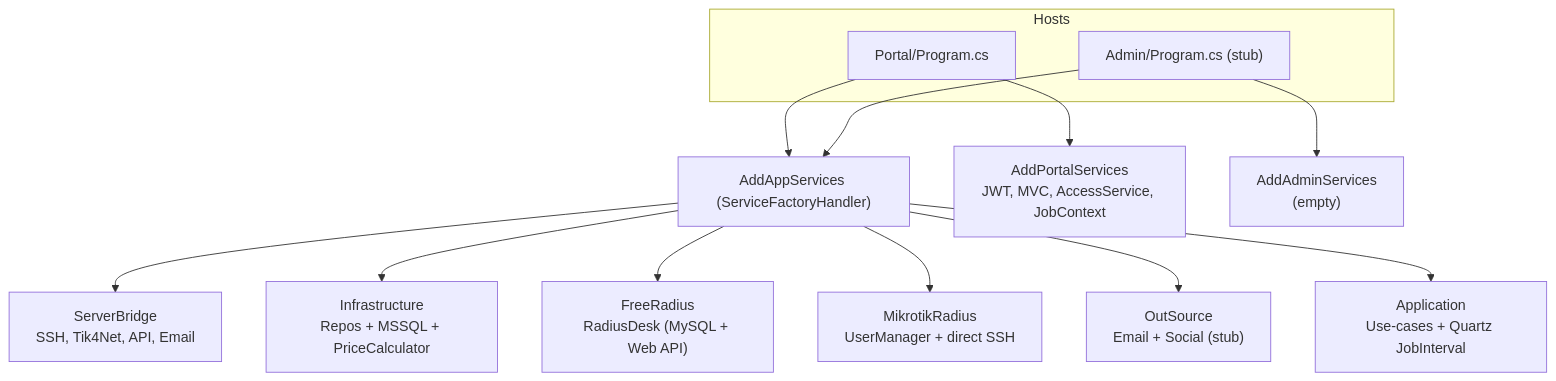
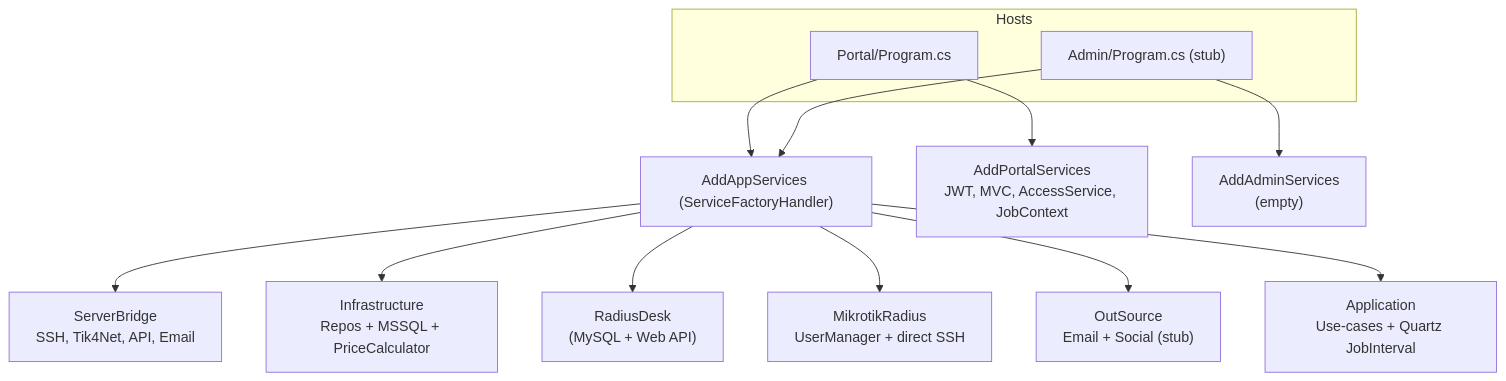
The second of 2 diagrams in AGENTS.md (h-nargesi/Photon-Bypass), drawn with Mermaid before and after one commit. The commit also changed 143 other files, not shown here.

First line of the commit message:
refactor: rename FreeRadius project to RadiusDesk (D1)

````diff
--- a/AGENTS.md
+++ b/AGENTS.md
@@ -104,17 +104,17 @@
 ```mermaid
 flowchart TB
   subgraph Hosts
     Portal["Portal/Program.cs"]
     Admin["Admin/Program.cs (stub)"]
   end
   Portal --> App["AddAppServices (ServiceFactoryHandler)"]
   Admin --> App
   App --> SB["ServerBridge<br/>SSH, Tik4Net, API, Email"]
   App --> Infra["Infrastructure<br/>Repos + MSSQL + PriceCalculator"]
-  App --> RD["FreeRadius<br/>RadiusDesk (MySQL + Web API)"]
+  App --> RD["RadiusDesk<br/>(MySQL + Web API)"]
   App --> MR["MikrotikRadius<br/>UserManager + direct SSH"]
   App --> OS["OutSource<br/>Email + Social (stub)"]
   App --> AppL["Application<br/>Use-cases + Quartz JobInterval"]
   Portal --> PortalS["AddPortalServices<br/>JWT, MVC, AccessService, JobContext"]
   Admin --> AdminS["AddAdminServices<br/>(empty)"]
 ```
````
